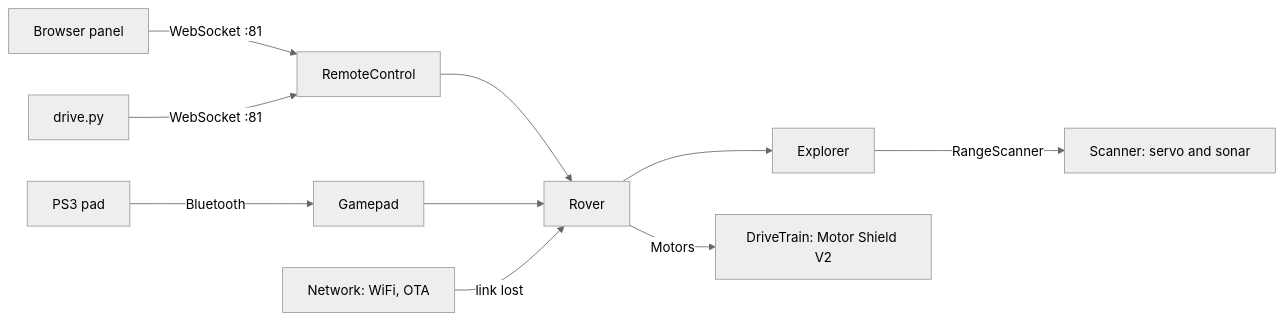
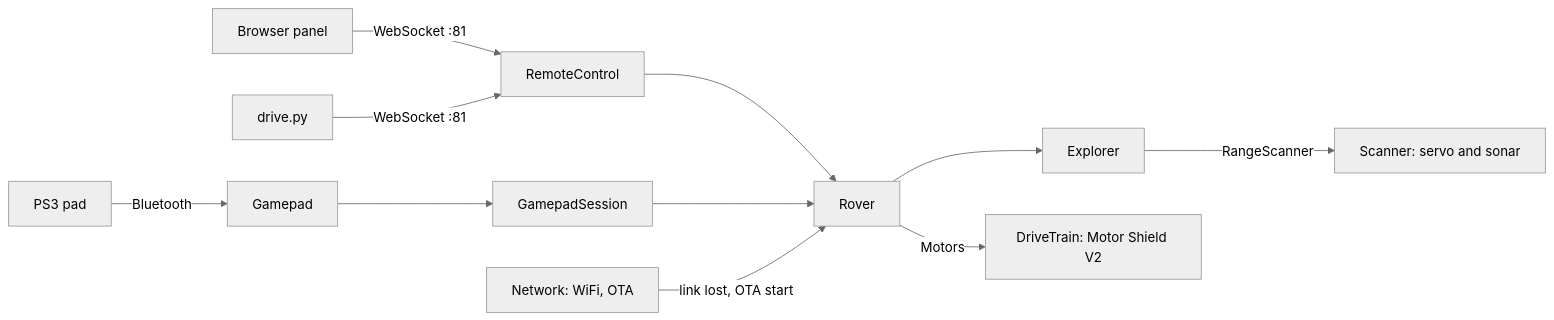
Before and after one commit to shogowarrior/rover: the diagram in README.md, drawn with Mermaid (neutral theme). The commit also changed other lines of this file and 22 other files, not shown here.

````diff
--- a/README.md
+++ b/README.md
@@ -85,12 +88,13 @@
 ```mermaid
 flowchart LR
   panel[Browser panel] -- "WebSocket :81" --> RC[RemoteControl]
   drive[drive.py] -- "WebSocket :81" --> RC
   pad[PS3 pad] -- Bluetooth --> GP[Gamepad]
+  GP --> GS[GamepadSession]
   RC --> R[Rover]
-  GP --> R
-  NW["Network: WiFi, OTA"] -- "link lost" --> R
+  GS --> R
+  NW["Network: WiFi, OTA"] -- "link lost, OTA start" --> R
   R --> EX[Explorer]
   R -- Motors --> DT["DriveTrain: Motor Shield V2"]
   EX -- RangeScanner --> SC["Scanner: servo and sonar"]
 ```
````
